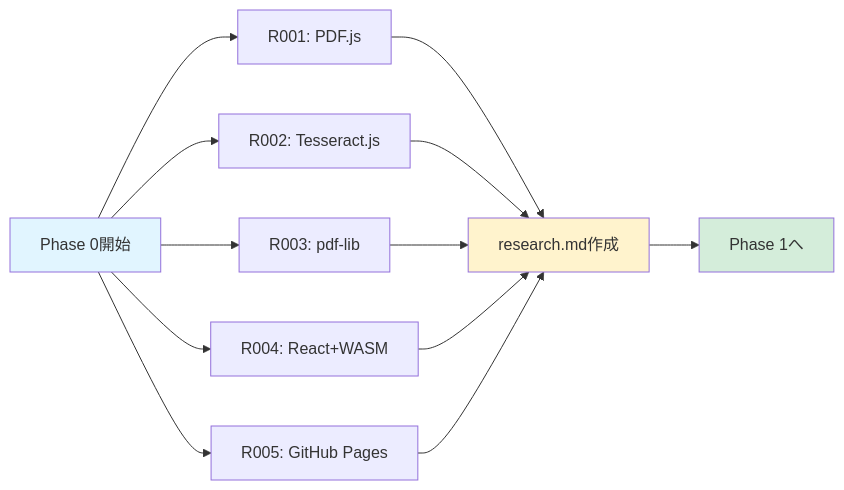
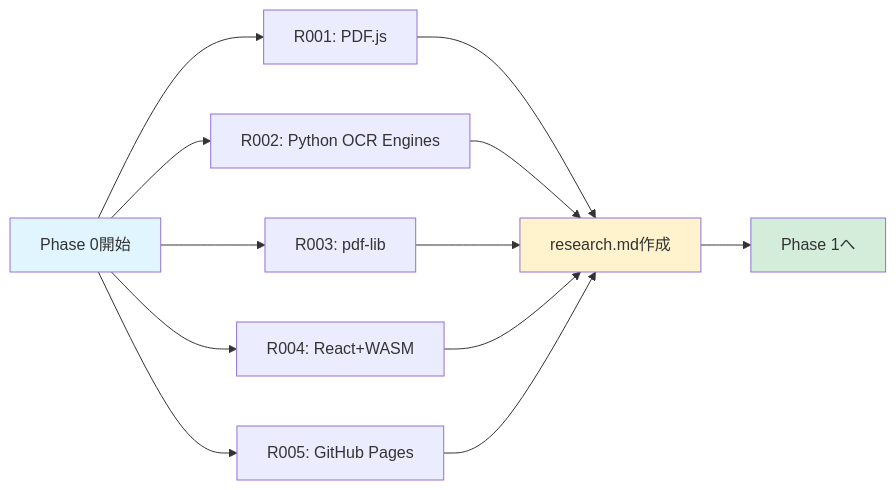
Before and after one commit to J1921604/OCR-PDF-Converter: the fifth of 8 diagrams in specs/001-OCR-PDF-Converter/plan.md, drawn with Mermaid. The commit also changed other lines of this file and 254 other files, not shown here.

First line of the commit message:
docs: tesseract.jsへの記載を全削除、Python Backend (OnnxOCR/PaddleOCR)に統一

````diff
--- a/specs/001-OCR-PDF-Converter/plan.md
+++ b/specs/001-OCR-PDF-Converter/plan.md
@@ -371,20 +370,20 @@
 ```mermaid
 flowchart LR
     A[Phase 0開始] --> B[R001: PDF.js]
-    A --> C[R002: Tesseract.js]
+    A --> C[R002: Python OCR Engines]
     A --> D[R003: pdf-lib]
     A --> E[R004: React+WASM]
     A --> F[R005: GitHub Pages]
     
     B --> G[research.md作成]
     C --> G
     D --> G
     E --> G
     F --> G
     
     G --> H[Phase 1へ]
     
     style A fill:#e1f5ff
     style G fill:#fff3cd
     style H fill:#d4edda
 ```
````
